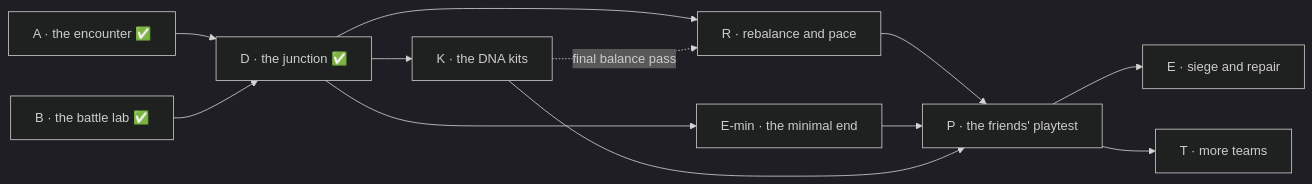
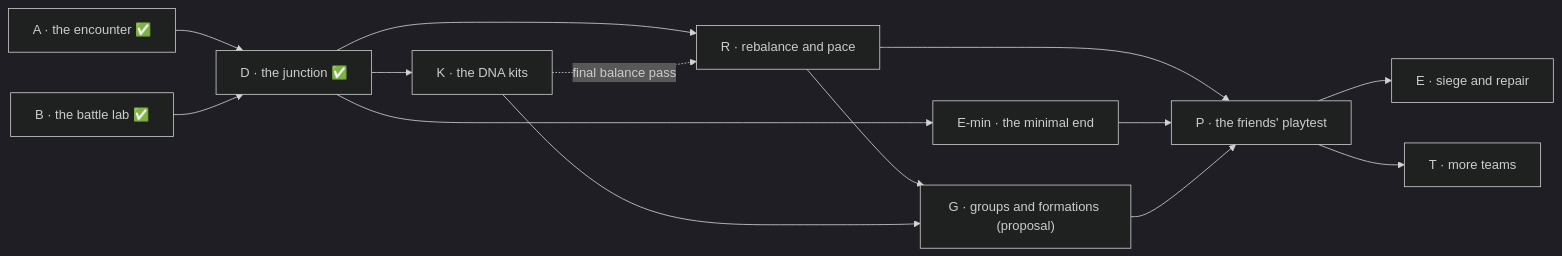
The diagram in docs/ROADMAP.md (eliasfeijo/geometrix), drawn with Mermaid (dark theme) before and after one commit. The commit also changed other lines of this file and 4 other files, not shown here.

First line of the commit message:
docs: record the owner's R spec review in the GDD and roadmap

````diff
--- a/docs/ROADMAP.md
+++ b/docs/ROADMAP.md
@@ -27,14 +28,16 @@
 ```mermaid
 flowchart LR
     A["A · the encounter ✅"] --> D["D · the junction ✅"]
     B["B · the battle lab ✅"] --> D
     D --> R["R · rebalance and pace"]
     D --> M["E-min · the minimal end"]
     D --> K["K · the DNA kits"]
     K -. "final balance pass" .-> R
+    R --> G["G · groups and formations (proposal)"]
+    K --> G
     R --> P["P · the friends' playtest"]
     M --> P
-    K --> P
+    G --> P
     P --> E["E · siege and repair"]
     P --> T["T · more teams"]
 ```
````
